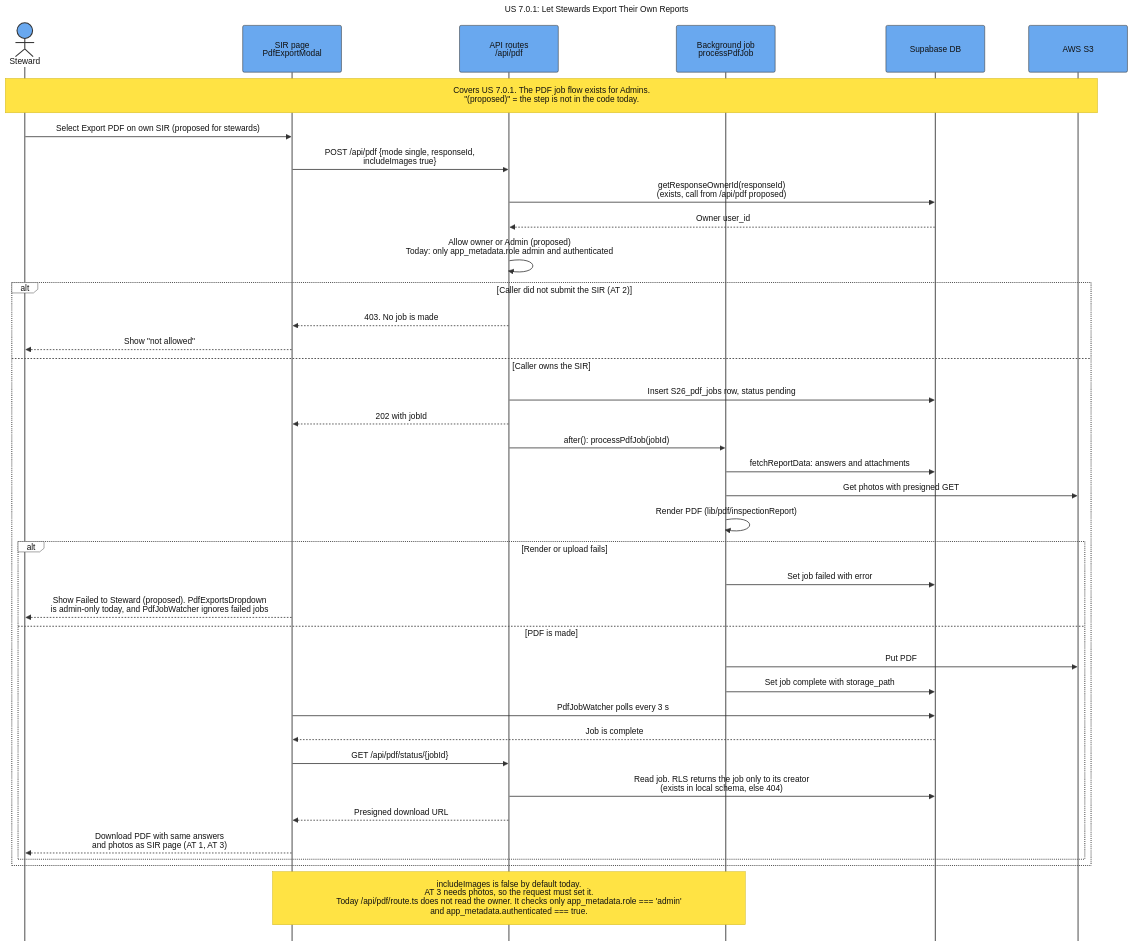
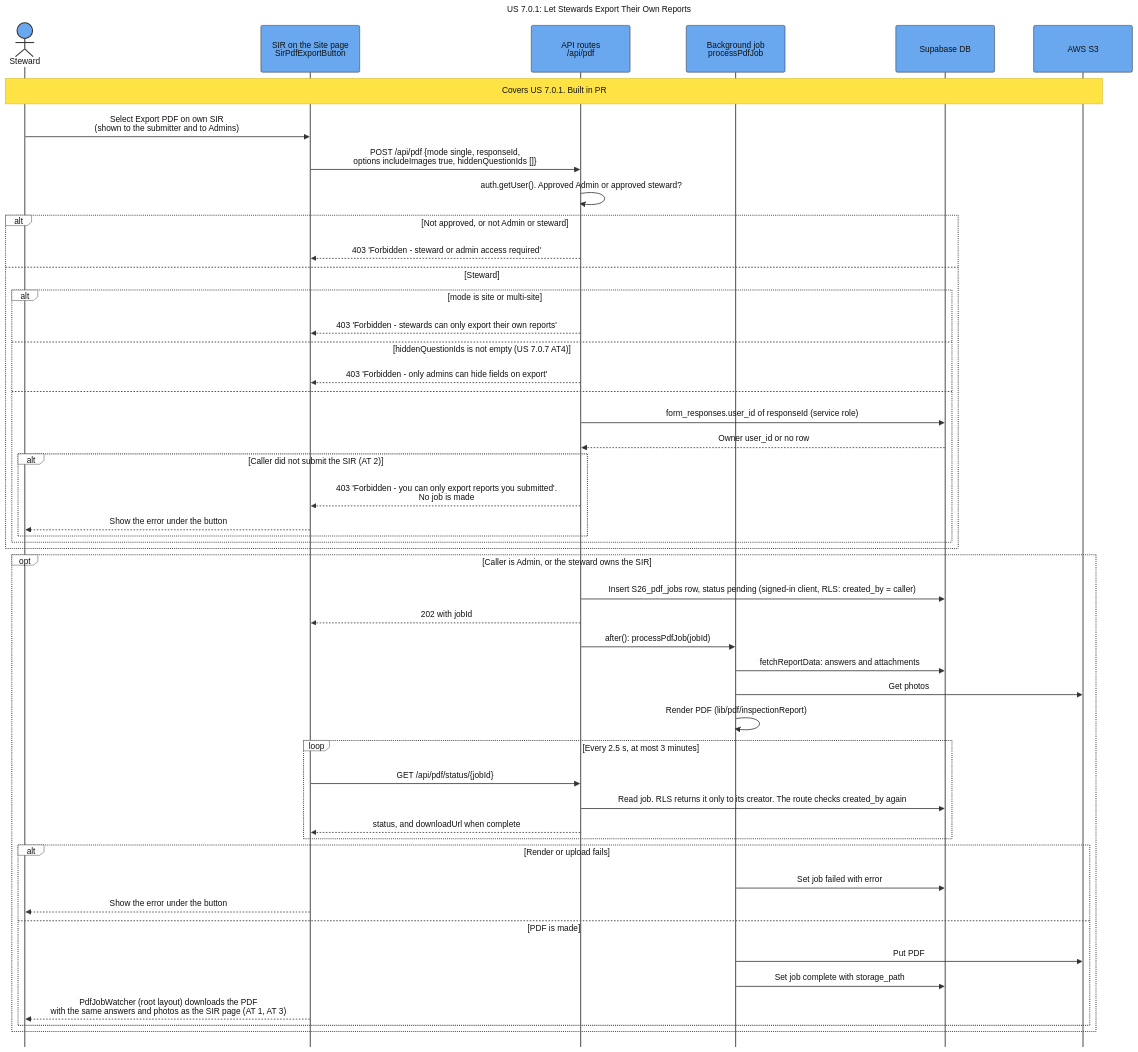
One commit to SAPAA-Dev/W26Project-SAPAA-Dev-Team changed the diagram in docs/assets/Sequence_US_7_0_1_Steward_PDF_Export.mmd. Above: the diagram before and after it, drawn with Mermaid. The commit also changed 196 other files, not shown here.

```diff
--- a/docs/assets/Sequence_US_7_0_1_Steward_PDF_Export.mmd
+++ b/docs/assets/Sequence_US_7_0_1_Steward_PDF_Export.mmd
@@ -1,83 +1,92 @@
 ---
 title: "US 7.0.1: Let Stewards Export Their Own Reports"
 config:
   theme: base
   sequence:
     actorMargin: 75
     boxMargin: 12
     diagramMarginX: 45
     diagramMarginY: 30
     messageMargin: 40
     noteMargin: 16
     mirrorActors: false
     width: 190
     height: 90
   themeVariables:
     background: "#ffffff"
     primaryColor: "#69a8ef"
     primaryBorderColor: "#333333"
     primaryTextColor: "#111111"
     actorBkg: "#69a8ef"
     actorBorder: "#333333"
     actorTextColor: "#111111"
     actorLineColor: "#555555"
     signalColor: "#333333"
     signalTextColor: "#111111"
     activationBkgColor: "#cdd3db"
     activationBorderColor: "#cdd3db"
     noteBkgColor: "#ffe344"
     noteBorderColor: "#d4ba24"
     noteTextColor: "#111111"
     labelBoxBkgColor: "#ffffff"
     labelBoxBorderColor: "#555555"
     labelTextColor: "#111111"
     loopTextColor: "#111111"
     altBackground: "#ffffff"
   themeCSS: |
     .actor-line {
       stroke-dasharray: 10 10 !important;
       stroke-width: 1.25px !important;
     }
 ---
 sequenceDiagram
     autonumber off
     actor Steward
-    participant Page as SIR page<br/>PdfExportModal
+    participant Page as SIR on the Site page<br/>SirPdfExportButton
     participant Api as API routes<br/>/api/pdf
     participant Job as Background job<br/>processPdfJob
     participant DB as Supabase DB
     participant S3 as AWS S3
 
-    Note over Steward,S3: Covers US 7.0.1. The PDF job flow exists for Admins.<br/>"(proposed)" = the step is not in the code today.
+    Note over Steward,S3: Covers US 7.0.1. Built in PR #155 (closes #68). All steps exist on main as of October 11, 2026.
 
-    Steward->>Page: Select Export PDF on own SIR (proposed for stewards)
-    Page->>Api: POST /api/pdf {mode single, responseId,<br/>includeImages true}
-    Api->>DB: getResponseOwnerId(responseId)<br/>(exists, call from /api/pdf proposed)
-    DB-->>Api: Owner user_id
-    Api->>Api: Allow owner or Admin (proposed)<br/>Today: only app_metadata.role admin and authenticated
-    alt Caller did not submit the SIR (AT 2)
-        Api-->>Page: 403. No job is made
-        Page-->>Steward: Show "not allowed"
-    else Caller owns the SIR
-        Api->>DB: Insert S26_pdf_jobs row, status pending
+    Steward->>Page: Select Export PDF on own SIR<br/>(shown to the submitter and to Admins)
+    Page->>Api: POST /api/pdf {mode single, responseId,<br/>options includeImages true, hiddenQuestionIds []}
+    Api->>Api: auth.getUser(). Approved Admin or approved steward?
+    alt Not approved, or not Admin or steward
+        Api-->>Page: 403 'Forbidden - steward or admin access required'
+    else Steward
+        alt mode is site or multi-site
+            Api-->>Page: 403 'Forbidden - stewards can only export their own reports'
+        else hiddenQuestionIds is not empty (US 7.0.7 AT4)
+            Api-->>Page: 403 'Forbidden - only admins can hide fields on export'
+        else
+            Api->>DB: form_responses.user_id of responseId (service role)
+            DB-->>Api: Owner user_id or no row
+            alt Caller did not submit the SIR (AT 2)
+                Api-->>Page: 403 'Forbidden - you can only export reports you submitted'.<br/>No job is made
+                Page-->>Steward: Show the error under the button
+            end
+        end
+    end
+    opt Caller is Admin, or the steward owns the SIR
+        Api->>DB: Insert S26_pdf_jobs row, status pending (signed-in client, RLS: created_by = caller)
         Api-->>Page: 202 with jobId
         Api->>Job: after(): processPdfJob(jobId)
         Job->>DB: fetchReportData: answers and attachments
-        Job->>S3: Get photos with presigned GET
+        Job->>S3: Get photos
         Job->>Job: Render PDF (lib/pdf/inspectionReport)
+        loop Every 2.5 s, at most 3 minutes
+            Page->>Api: GET /api/pdf/status/{jobId}
+            Api->>DB: Read job. RLS returns it only to its creator. The route checks created_by again
+            Api-->>Page: status, and downloadUrl when complete
+        end
         alt Render or upload fails
             Job->>DB: Set job failed with error
-            Page-->>Steward: Show Failed to Steward (proposed). PdfExportsDropdown<br/>is admin-only today, and PdfJobWatcher ignores failed jobs
+            Page-->>Steward: Show the error under the button
         else PDF is made
             Job->>S3: Put PDF
             Job->>DB: Set job complete with storage_path
-            Page->>DB: PdfJobWatcher polls every 3 s
-            DB-->>Page: Job is complete
-            Page->>Api: GET /api/pdf/status/{jobId}
-            Api->>DB: Read job. RLS returns the job only to its creator<br/>(exists in local schema, else 404)
-            Api-->>Page: Presigned download URL
-            Page-->>Steward: Download PDF with same answers<br/>and photos as SIR page (AT 1, AT 3)
+            Page-->>Steward: PdfJobWatcher (root layout) downloads the PDF<br/>with the same answers and photos as the SIR page (AT 1, AT 3)
         end
     end
-
-    Note over Page,Job: includeImages is false by default today.<br/>AT 3 needs photos, so the request must set it.<br/>Today /api/pdf/route.ts does not read the owner. It checks only app_metadata.role === 'admin'<br/>and app_metadata.authenticated === true.
```
